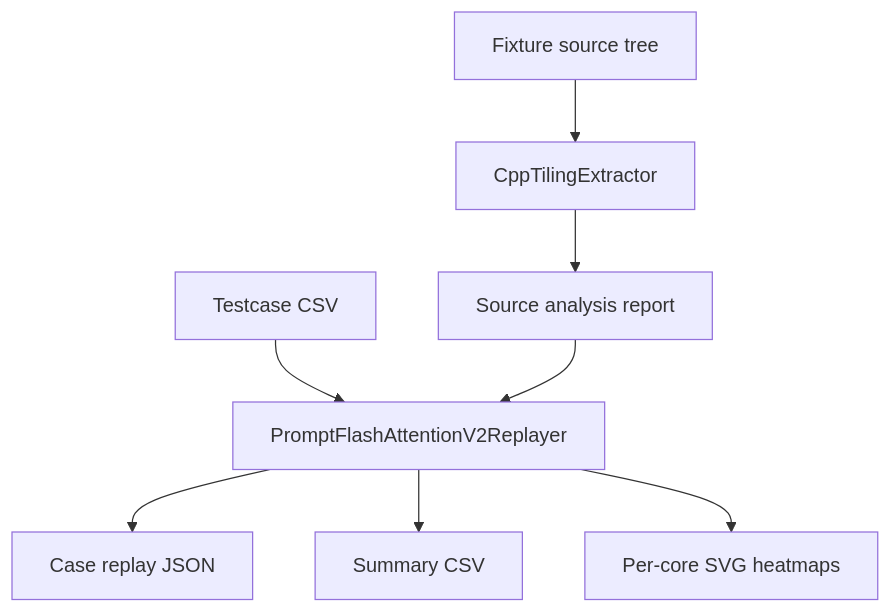
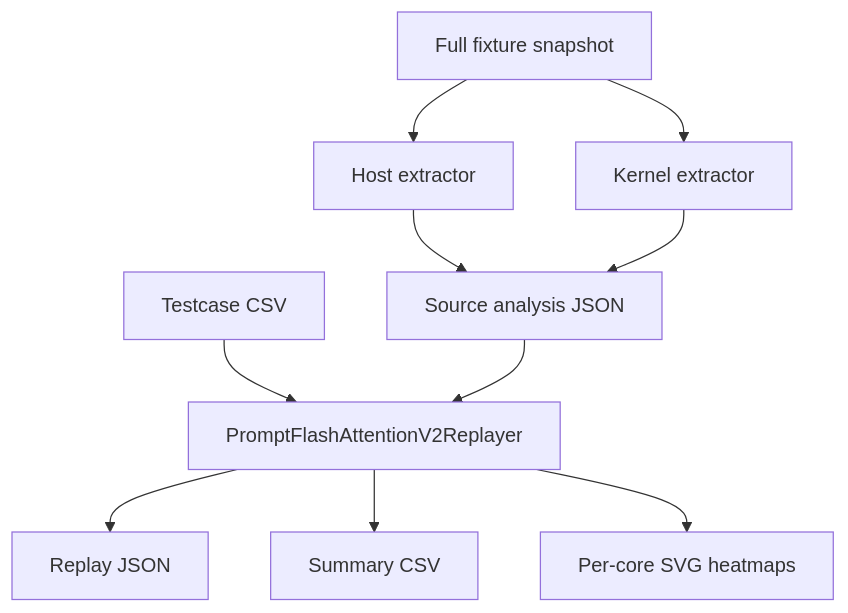
Before and after one commit to YuXiang-ZhuanSun/Ascend_FlashAttention_TilingAnalyzer: the diagram in docs/architecture.md, drawn with Mermaid. The commit also changed other lines of this file and 151 other files, not shown here.

Commit message:
rebuild flashattention analyzer with full fixture verification

````diff
--- a/docs/architecture.md
+++ b/docs/architecture.md
@@ -50,10 +73,12 @@
 ```mermaid
 flowchart TD
-  A["Fixture source tree"] --> B["CppTilingExtractor"]
-  B --> C["Source analysis report"]
-  D["Testcase CSV"] --> E["PromptFlashAttentionV2Replayer"]
-  C --> E
-  E --> F["Case replay JSON"]
-  E --> G["Summary CSV"]
-  E --> H["Per-core SVG heatmaps"]
+  A["Full fixture snapshot"] --> B["Host extractor"]
+  A --> C["Kernel extractor"]
+  B --> D["Source analysis JSON"]
+  C --> D
+  E["Testcase CSV"] --> F["PromptFlashAttentionV2Replayer"]
+  D --> F
+  F --> G["Replay JSON"]
+  F --> H["Summary CSV"]
+  F --> I["Per-core SVG heatmaps"]
 ```
````
